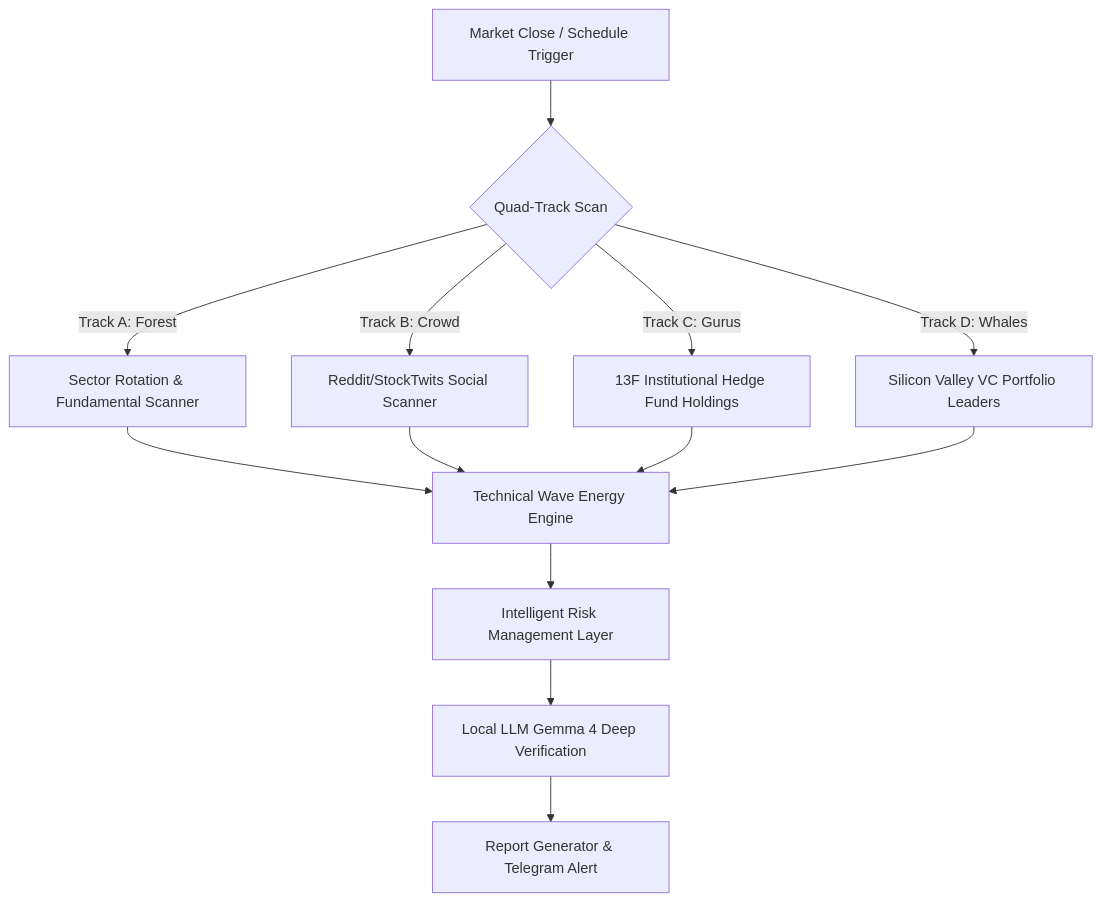
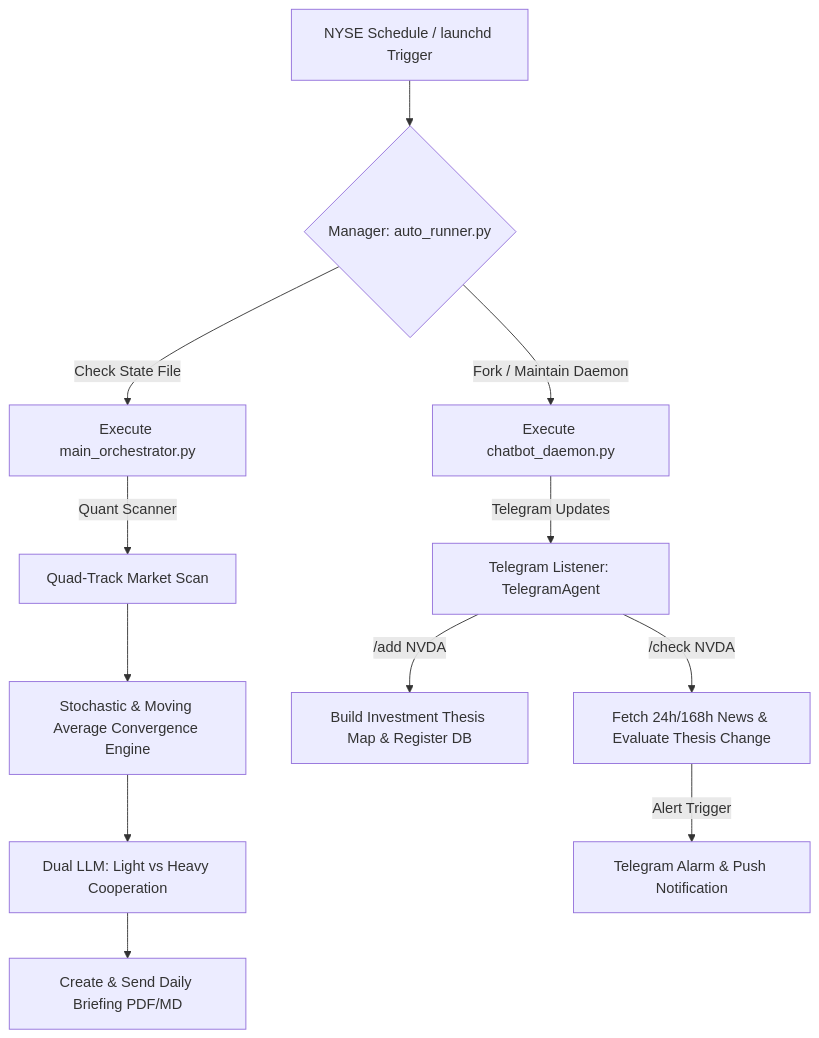
Before and after one commit to casareborgia/AI-CHOONSIK-STOCK-AGENT-: the diagram in README.md, drawn with Mermaid. The commit also changed other lines of this file, not shown here.

````diff
--- a/README.md
+++ b/README.md
@@ -16,14 +16,16 @@
 ```mermaid
 graph TD
-    A[Market Close / Schedule Trigger] --> B{Quad-Track Scan}
+    A[NYSE Schedule / launchd Trigger] --> B{Manager: auto_runner.py}
+    B -->|Check State File| C[Execute main_orchestrator.py]
+    B -->|Fork / Maintain Daemon| D[Execute chatbot_daemon.py]
     
-    B -->|Track A: Forest| C[Sector Rotation & Fundamental Scanner]
-    B -->|Track B: Crowd| D[Reddit/StockTwits Social Scanner]
-    B -->|Track C: Gurus| E[13F Institutional Hedge Fund Holdings]
-    B -->|Track D: Whales| F[Silicon Valley VC Portfolio Leaders]
+    C -->|Quant Scanner| E[Quad-Track Market Scan]
+    E --> F[Stochastic & Moving Average Convergence Engine]
+    F --> G[Dual LLM: Light vs Heavy Cooperation]
+    G --> H[Create & Send Daily Briefing PDF/MD]
     
-    C & D & E & F --> G[Technical Wave Energy Engine]
-    G --> H[Intelligent Risk Management Layer]
-    H --> I[Local LLM Gemma 4 Deep Verification]
-    I --> J[Report Generator & Telegram Alert]
+    D -->|Telegram Updates| I[Telegram Listener: TelegramAgent]
+    I -->|/add NVDA| J[Build Investment Thesis Map & Register DB]
+    I -->|/check NVDA| K[Fetch 24h/168h News & Evaluate Thesis Change]
+    K -->|Alert Trigger| L[Telegram Alarm & Push Notification]
 ```
````
